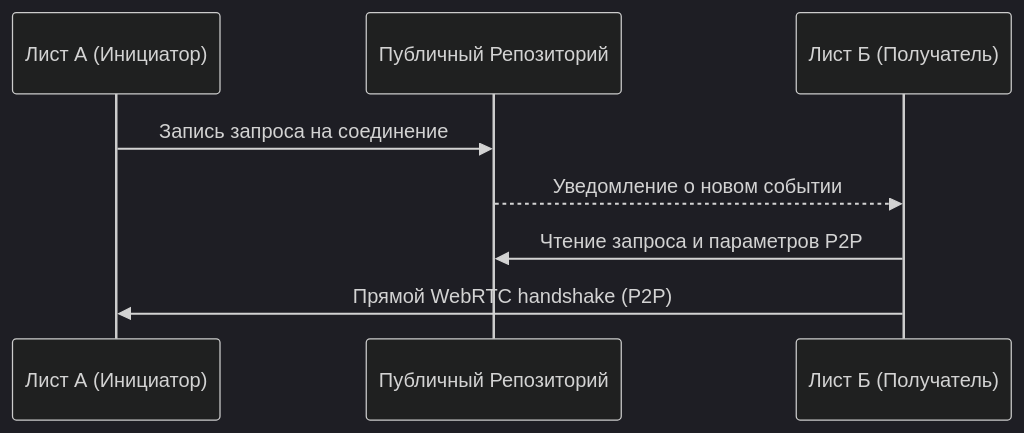
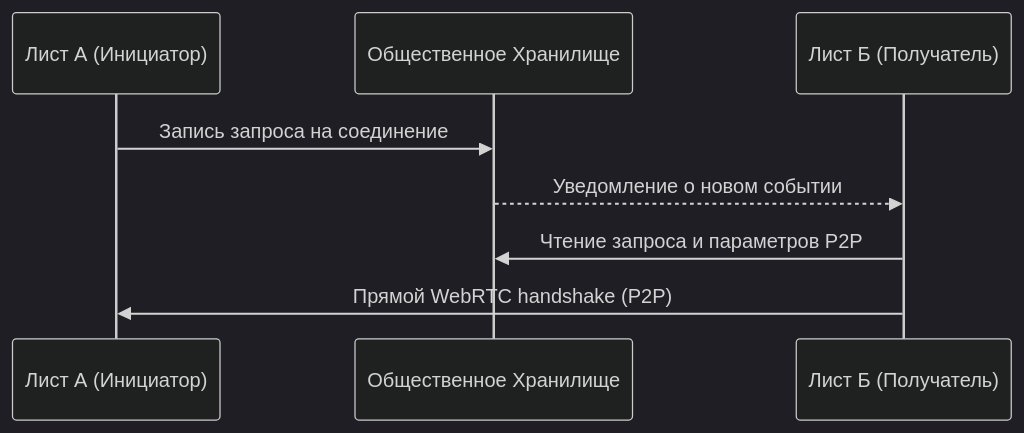
Diagram 12 of 51 in shared_docs/Технический документ платформы Турбаза.md (Data-Independence-Network/presentations), drawn with Mermaid (dark theme) before and after one commit. The commit also changed other lines of this file and 8 other files, not shown here.

````diff
--- a/shared_docs/Технический документ платформы Турбаза.md
+++ b/shared_docs/Технический документ платформы Турбаза.md
@@ -293,11 +293,11 @@
 ```mermaid
 sequenceDiagram
     participant UserA as Лист А (Инициатор)
-    participant Repo as Публичный Репозиторий
+    participant Repo as Общественное Хранилище
     participant UserB as Лист Б (Получатель)
     
     UserA->>Repo: Запись запроса на соединение
     Repo-->>UserB: Уведомление о новом событии
     UserB->>Repo: Чтение запроса и параметров P2P
     UserB->>UserA: Прямой WebRTC handshake (P2P)
 ```
````
